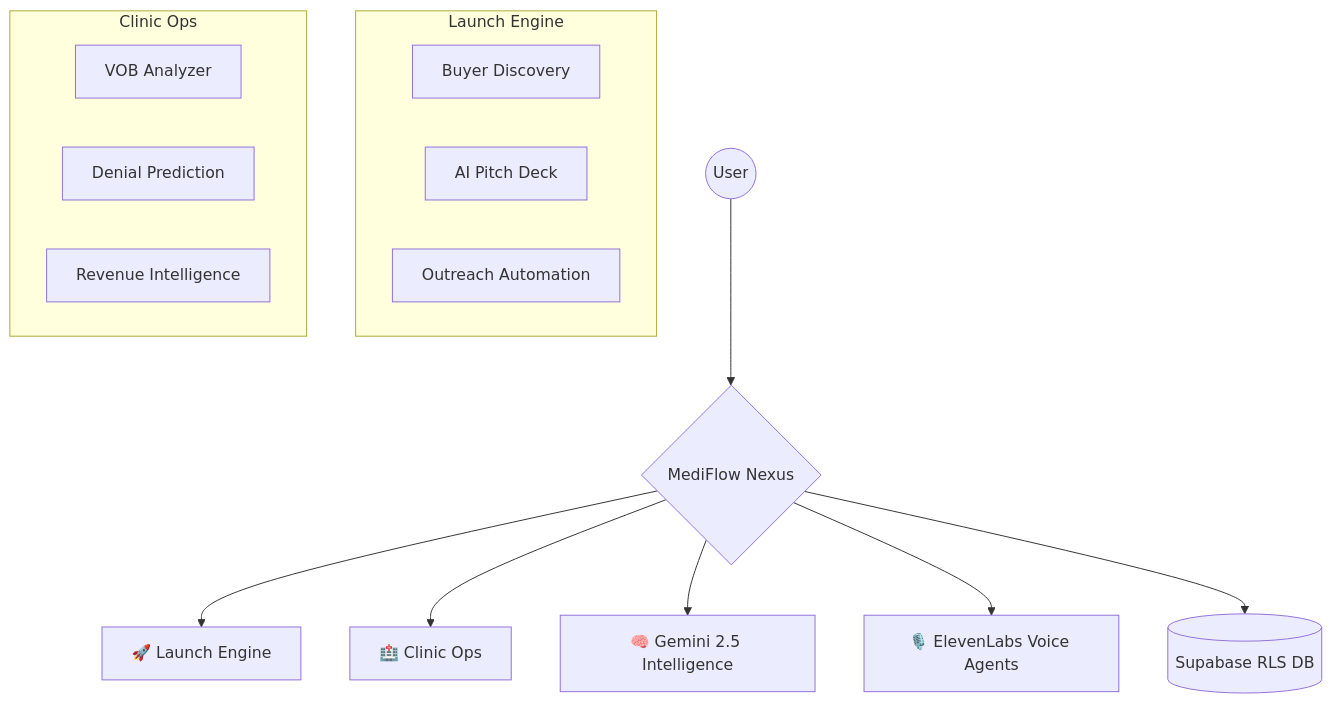
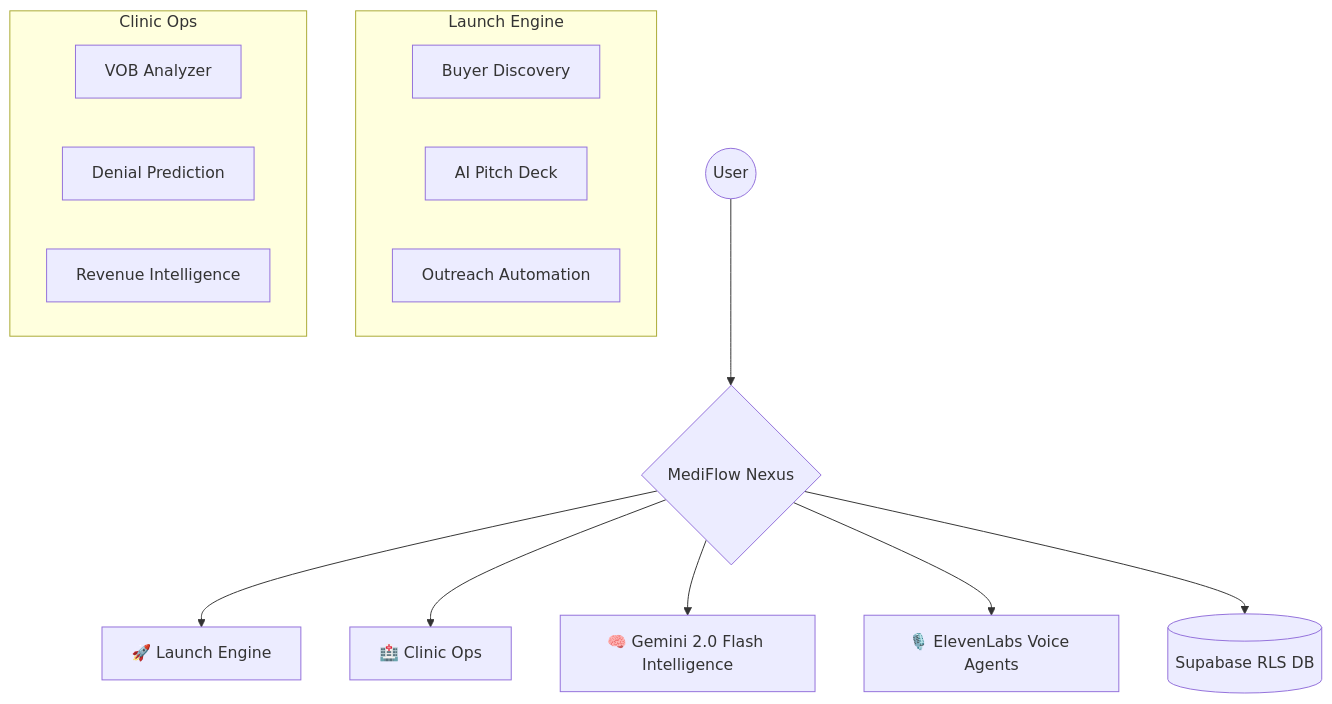
Before and after one commit to Hardik182005/Mediflow-Nexus: the diagram in README.md, drawn with Mermaid. The commit also changed other lines of this file, not shown here.

Commit message:
docs: update README to reflect Gemini 2.0 Flash migration

````diff
--- a/README.md
+++ b/README.md
@@ -39,22 +39,22 @@
 ```mermaid
 graph TD
     User((User)) --> Dashboard{MediFlow Nexus}
     Dashboard --> LaunchEngine[🚀 Launch Engine]
     Dashboard --> ClinicOps[🏥 Clinic Ops]
     
     subgraph "Launch Engine"
         LE1[Buyer Discovery]
         LE2[AI Pitch Deck]
         LE3[Outreach Automation]
     end
     
     subgraph "Clinic Ops"
         CO1[VOB Analyzer]
         CO2[Denial Prediction]
         CO3[Revenue Intelligence]
     end
     
-    Dashboard --> AI[🧠 Gemini 2.5 Intelligence]
+    Dashboard --> AI[🧠 Gemini 2.0 Flash Intelligence]
     Dashboard --> Voice[🎙️ ElevenLabs Voice Agents]
     Dashboard --> DB[(Supabase RLS DB)]
 ```
````
